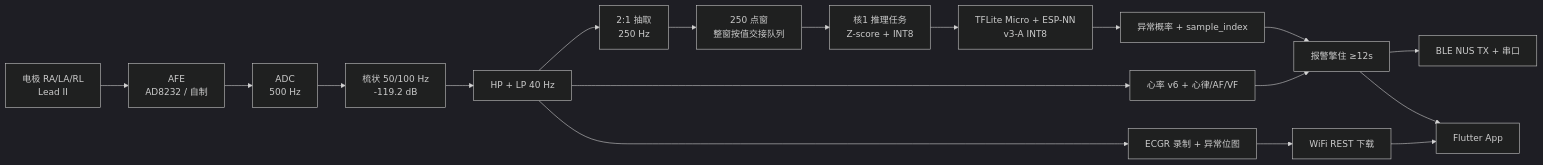
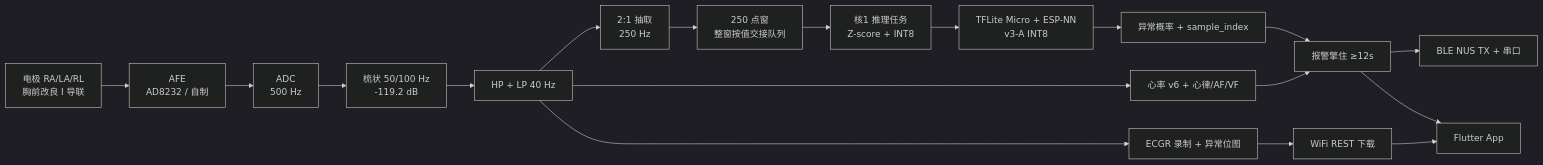
The diagram in README.md (stevenson2/ecg-programme-tju-flex.electron), drawn with Mermaid (dark theme) before and after one commit. The commit also changed other lines of this file and 46 other files, not shown here.

````diff
--- a/README.md
+++ b/README.md
@@ -95,20 +120,20 @@
 ```mermaid
 flowchart LR
-    A[电极 RA/LA/RL<br/>Lead II] --> B[AFE<br/>AD8232 / 自制]
+    A[电极 RA/LA/RL<br/>胸前改良 I 导联] --> B[AFE<br/>AD8232 / 自制]
     B --> C[ADC<br/>500 Hz]
     C --> D[梳状 50/100 Hz<br/>-119.2 dB]
     D --> E[HP + LP 40 Hz]
     E --> F[心率 v6 + 心律/AF/VF]
     E --> G[2:1 抽取<br/>250 Hz]
     G --> H[250 点窗<br/>整窗按值交接队列]
     H --> I1[核1 推理任务<br/>Z-score + INT8]
     I1 --> J[TFLite Micro + ESP-NN<br/>v3-A INT8]
     J --> K[异常概率 + sample_index]
     K --> L[报警擎住 ≥12s]
     E --> M[ECGR 录制 + 异常位图]
     F --> L
     L --> N[BLE NUS TX + 串口]
     M --> O[WiFi REST 下载]
     L --> P[Flutter App]
     O --> P
 ```
````
